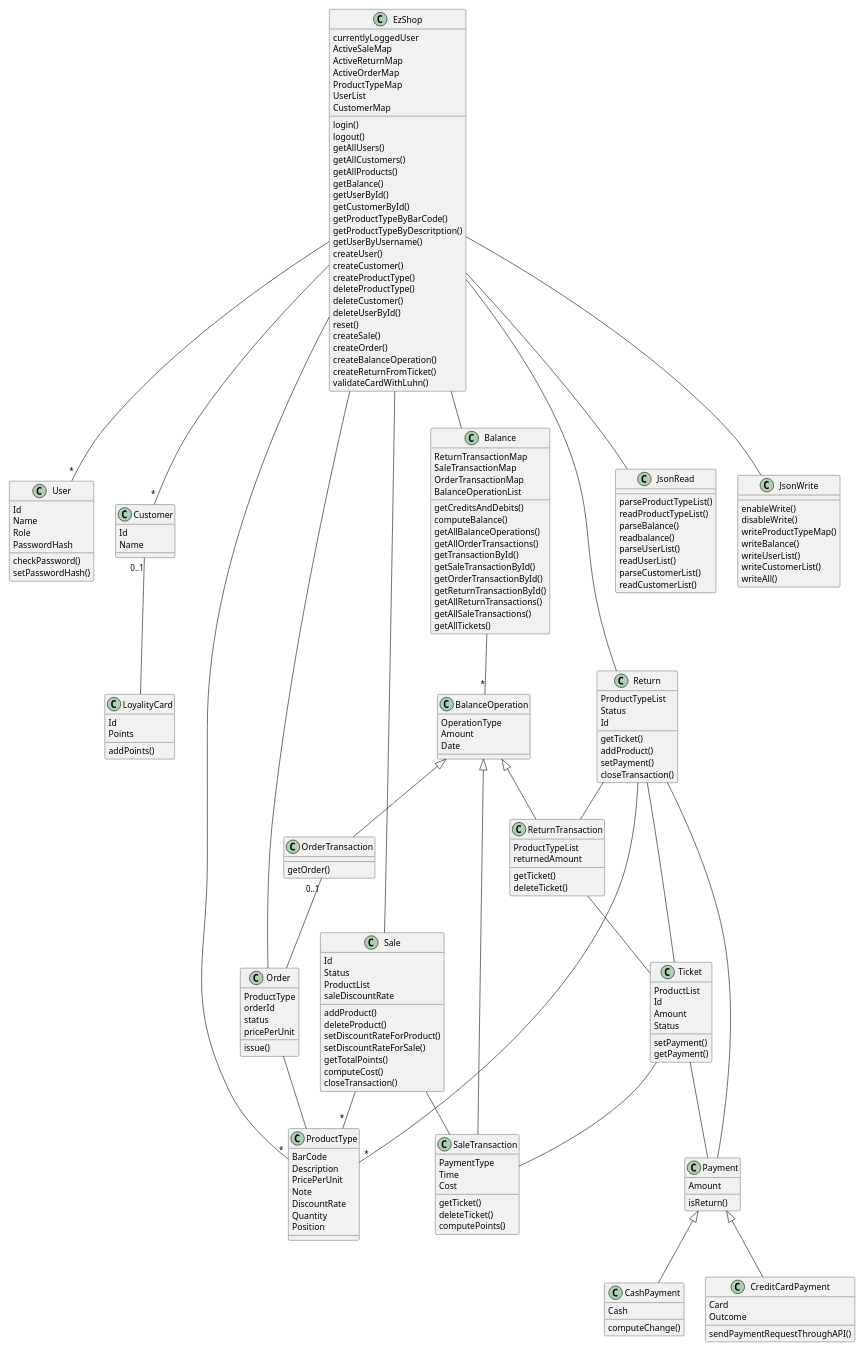
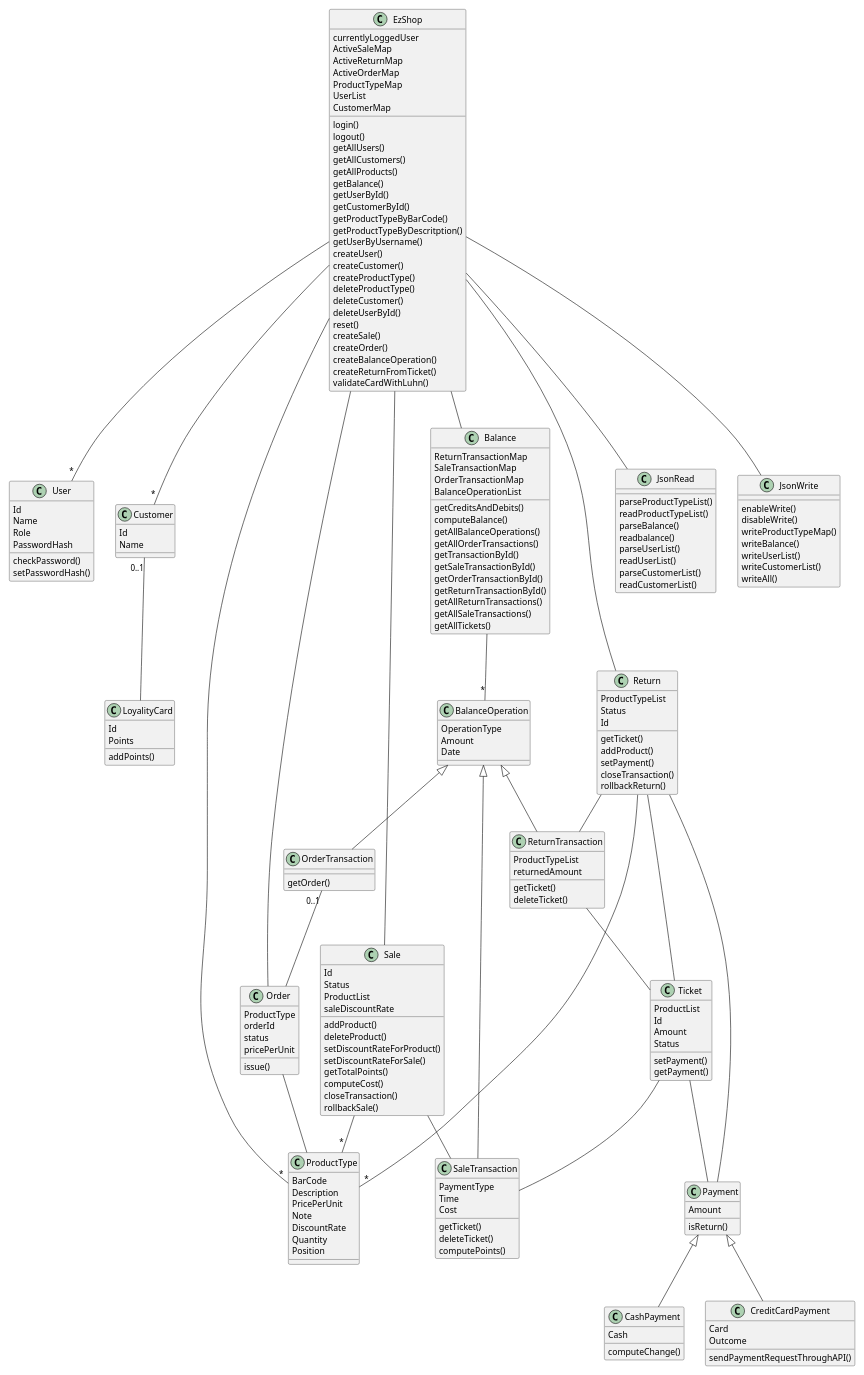
One commit to paolotron/EzshoProject31 changed the second of 15 diagrams in Deliverables/DesignDocument.md. Above: the diagram before and after it, drawn with PlantUML.

```diff
--- a/Deliverables/DesignDocument.md
+++ b/Deliverables/DesignDocument.md
@@ -143,6 +143,7 @@
     getTotalPoints()
     computeCost()
     closeTransaction()
+    rollbackSale()
 }
 class Ticket{
     ProductList
@@ -180,6 +181,7 @@
     addProduct()
     setPayment()
     closeTransaction()
+    rollbackReturn()
 }
 class Balance{
     ReturnTransactionMap
```
